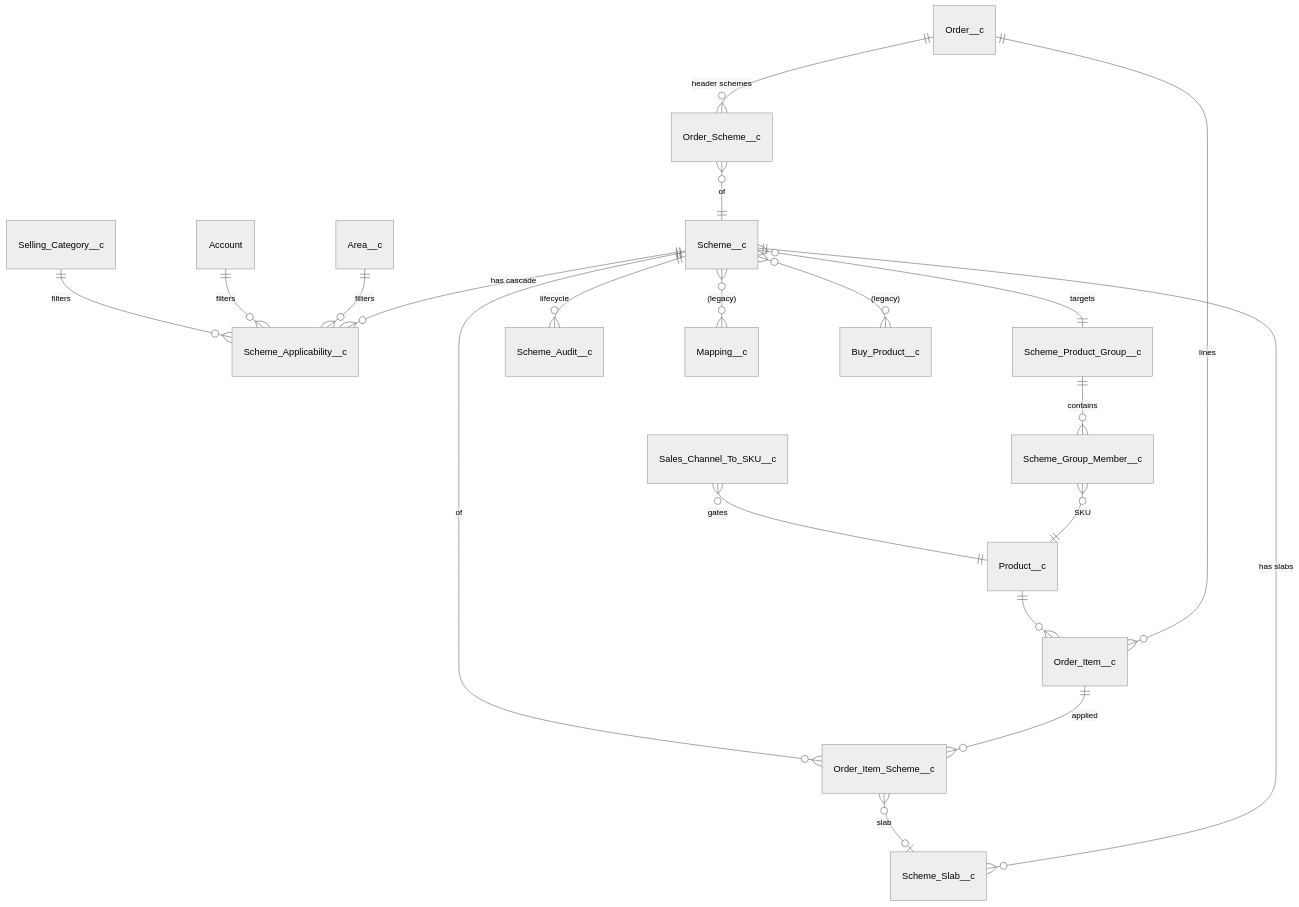
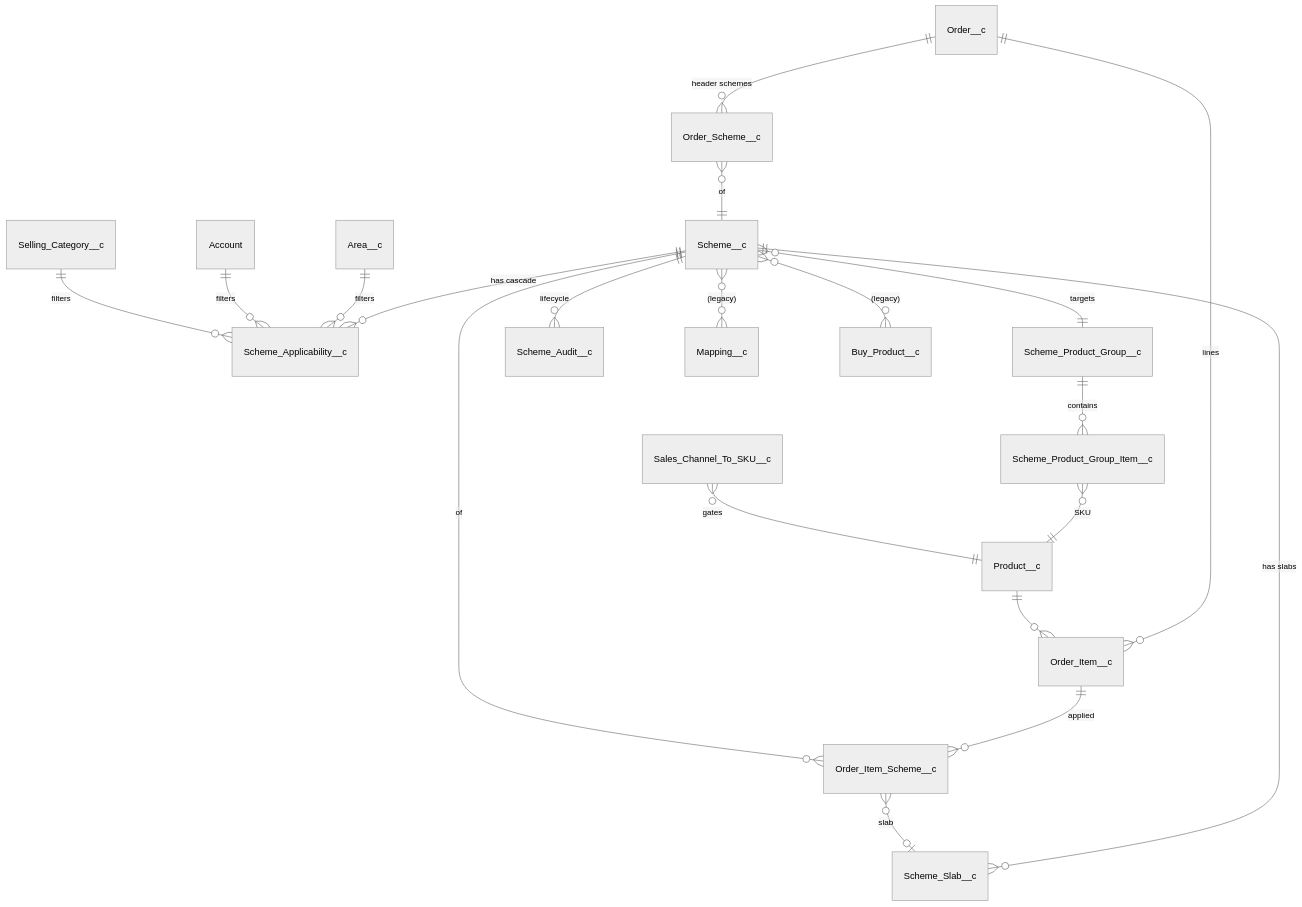
One commit to support-fingertip/Elite-sbox changed the diagram in docs/Scheme_Management_Architecture.md. Above: the diagram before and after it, drawn with Mermaid (neutral theme). The commit also changed other lines of this file, not shown here.

````diff
--- a/docs/Scheme_Management_Architecture.md
+++ b/docs/Scheme_Management_Architecture.md
@@ -56,22 +58,22 @@
 ```mermaid
 erDiagram
     Scheme__c ||--o{ Scheme_Slab__c : "has slabs"
     Scheme__c ||--o{ Scheme_Applicability__c : "has cascade"
     Scheme__c }o--|| Scheme_Product_Group__c : "targets"
-    Scheme_Product_Group__c ||--o{ Scheme_Group_Member__c : "contains"
-    Scheme_Group_Member__c }o--|| Product__c : "SKU"
+    Scheme_Product_Group__c ||--o{ Scheme_Product_Group_Item__c : "contains"
+    Scheme_Product_Group_Item__c }o--|| Product__c : "SKU"
     Order__c ||--o{ Order_Item__c : "lines"
     Order_Item__c ||--o{ Order_Item_Scheme__c : "applied"
     Order_Item_Scheme__c }o--|| Scheme__c : "of"
     Order_Item_Scheme__c }o--o| Scheme_Slab__c : "slab"
     Order__c ||--o{ Order_Scheme__c : "header schemes"
     Order_Scheme__c }o--|| Scheme__c : "of"
     Scheme__c ||--o{ Scheme_Audit__c : "lifecycle"
     Scheme__c }o--o{ Mapping__c : "(legacy)"
     Scheme__c }o--o{ Buy_Product__c : "(legacy)"
     Area__c ||--o{ Scheme_Applicability__c : "filters"
     Account ||--o{ Scheme_Applicability__c : "filters"
     Selling_Category__c ||--o{ Scheme_Applicability__c : "filters"
     Product__c ||--o{ Order_Item__c : ""
     Sales_Channel_To_SKU__c }o--|| Product__c : "gates"
 ```
````
